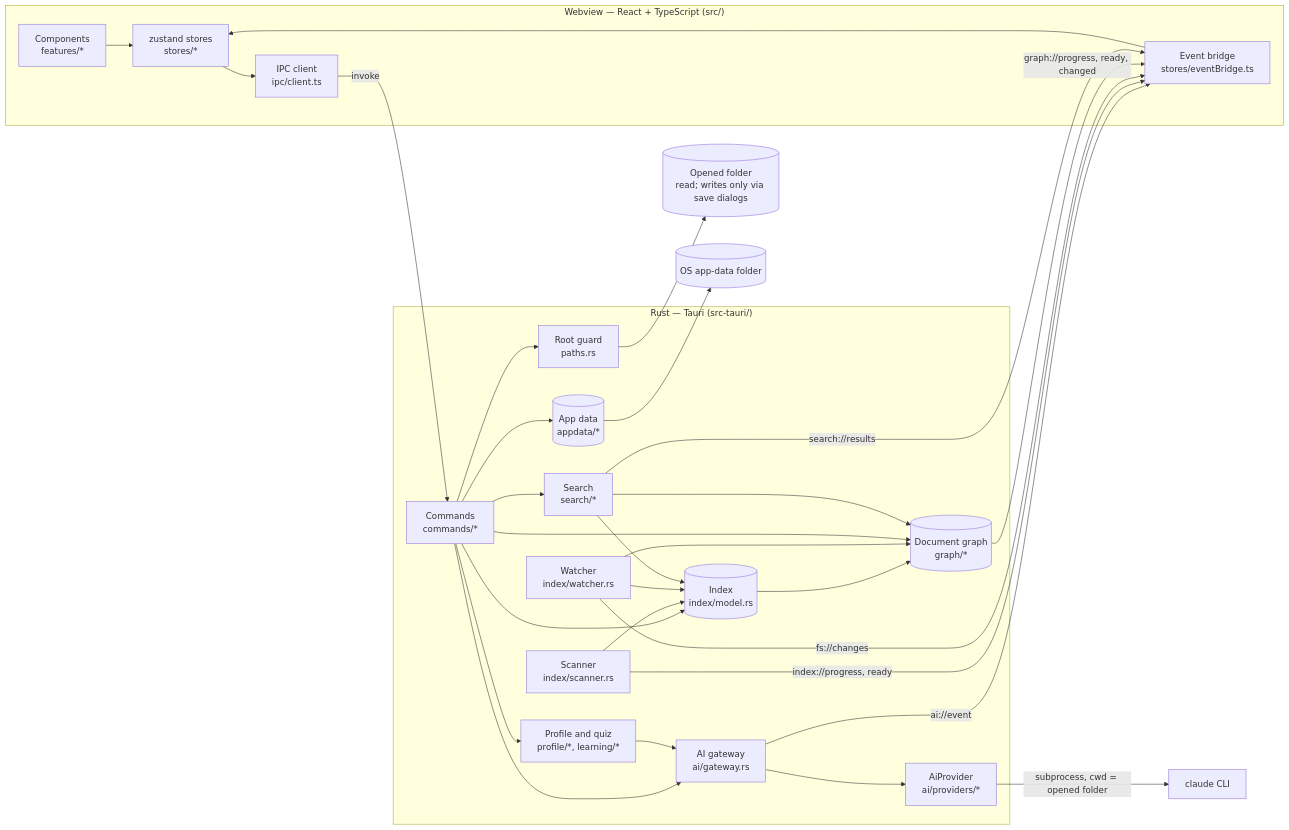
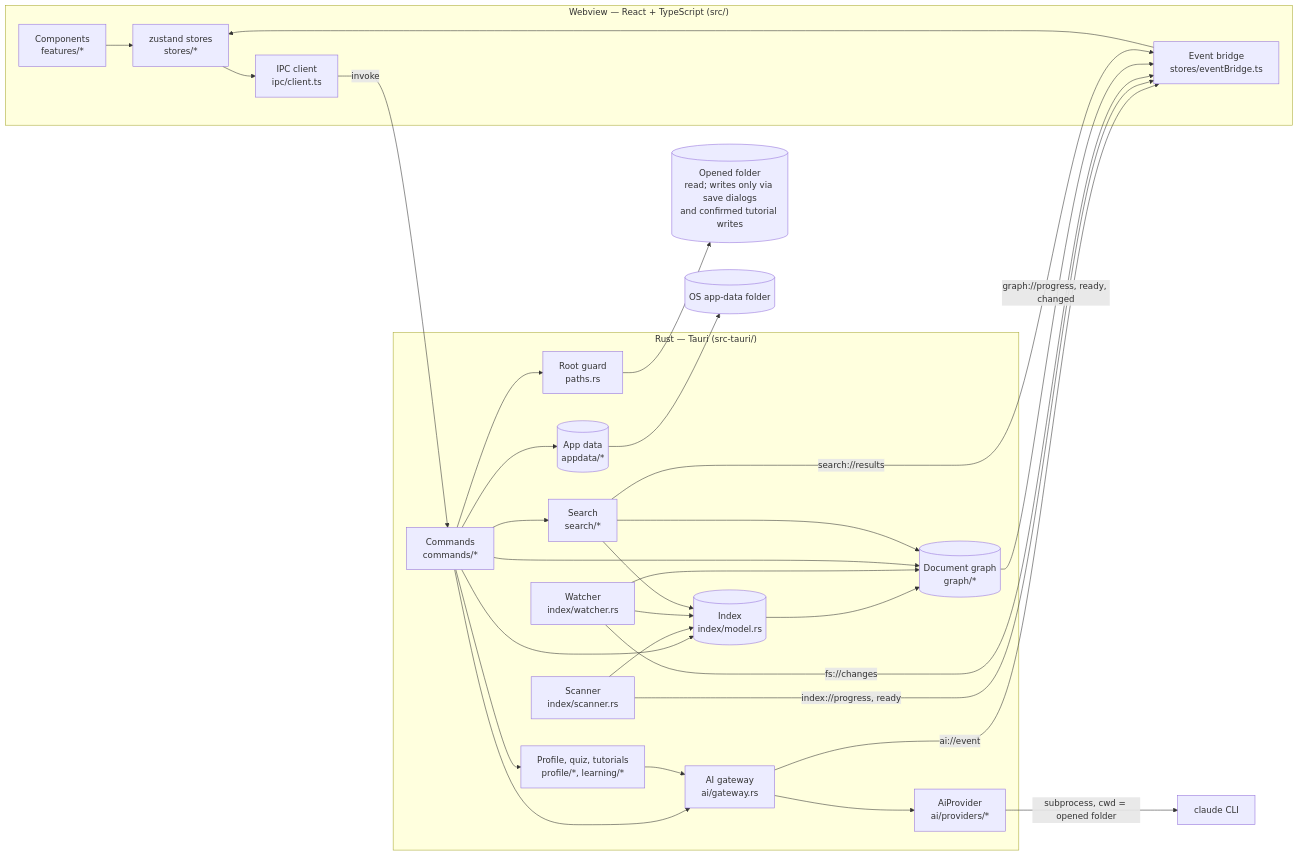
One commit to jean3978/IGrasp changed the first of 10 diagrams in docs/architecture.md. Above: the diagram before and after it, drawn with Mermaid. The commit also changed other lines of this file and 17 other files, not shown here.

First line of the commit message:
docs: ADRs 0025 (amended) to 0028, the Academy page, architecture, CLAUDE.md, README, CHANGELOG for 0.5.0

````diff
--- a/docs/architecture.md
+++ b/docs/architecture.md
@@ -8,34 +8,34 @@
 ```mermaid
 flowchart LR
   subgraph Webview["Webview — React + TypeScript (src/)"]
     UI[Components<br/>features/*] --> Stores[zustand stores<br/>stores/*]
     Stores --> Client[IPC client<br/>ipc/client.ts]
     Bridge[Event bridge<br/>stores/eventBridge.ts] --> Stores
   end
   subgraph Rust["Rust — Tauri (src-tauri/)"]
     Commands[Commands<br/>commands/*] --> Guard[Root guard<br/>paths.rs]
     Commands --> Index[(Index<br/>index/model.rs)]
     Scanner[Scanner<br/>index/scanner.rs] --> Index
     Watcher[Watcher<br/>index/watcher.rs] --> Index
     Index --> Graph[(Document graph<br/>graph/*)]
     Watcher --> Graph
     Commands --> Graph
     Commands --> Search[Search<br/>search/*]
     Search --> Index
     Search --> Graph
     Commands --> AppData[(App data<br/>appdata/*)]
     Commands --> Gateway[AI gateway<br/>ai/gateway.rs]
     Gateway --> Provider[AiProvider<br/>ai/providers/*]
-    Commands --> Learning[Profile and quiz<br/>profile/*, learning/*]
+    Commands --> Learning[Profile, quiz, tutorials<br/>profile/*, learning/*]
     Learning --> Gateway
   end
   Provider -- "subprocess, cwd = opened folder" --> CLI[claude CLI]
   Gateway -- "ai://event" --> Bridge
   Client -- invoke --> Commands
   Scanner -- "index://progress, ready" --> Bridge
   Watcher -- "fs://changes" --> Bridge
   Graph -- "graph://progress, ready, changed" --> Bridge
   Search -- "search://results" --> Bridge
-  Guard --> Folder[(Opened folder<br/>read; writes only via save dialogs)]
+  Guard --> Folder[(Opened folder<br/>read; writes only via save dialogs<br/>and confirmed tutorial writes)]
   AppData --> Disk[(OS app-data folder)]
 ```
````
